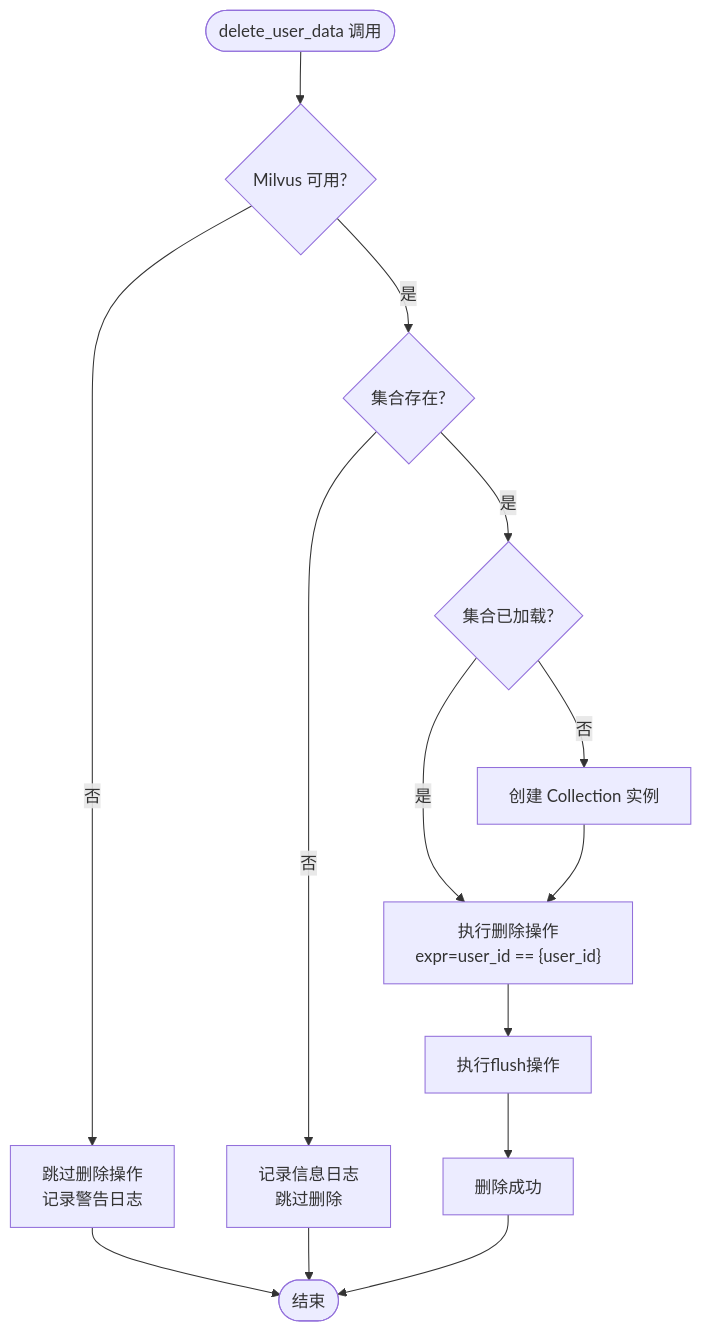
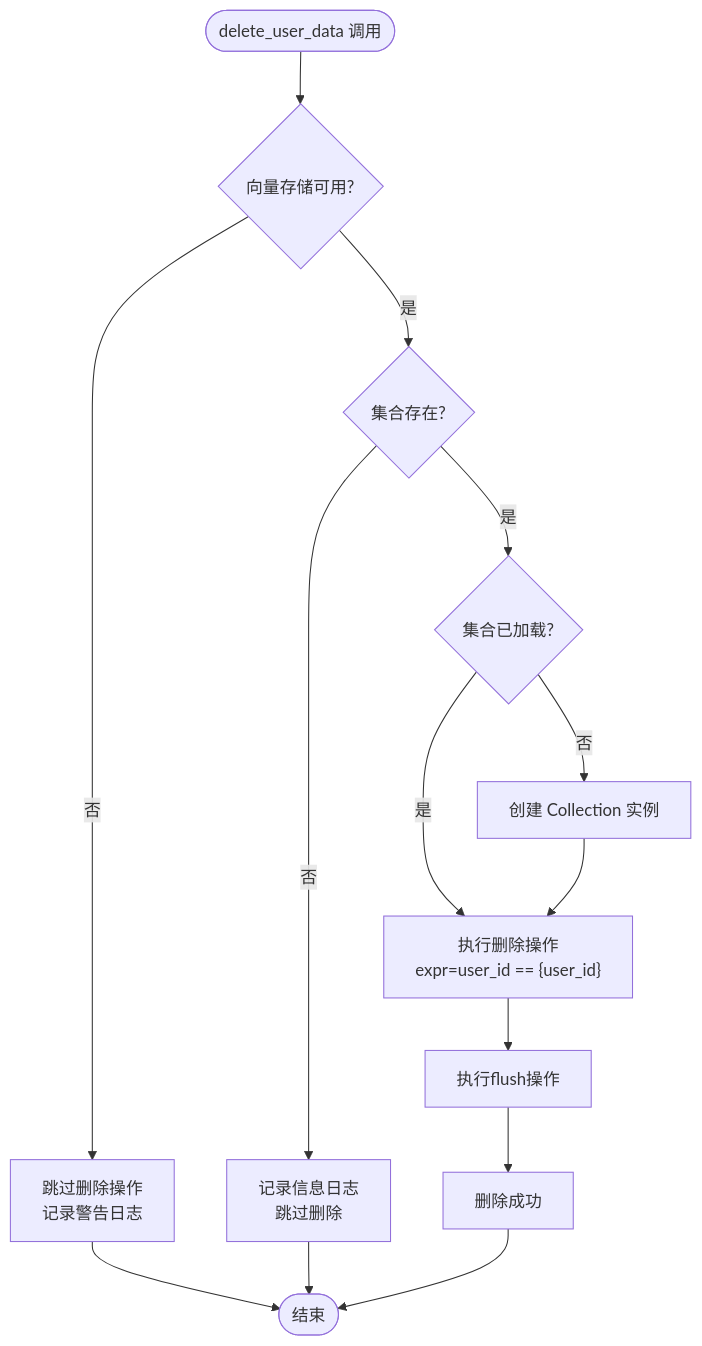
One commit to ghbbn053-ship-itsoulddog/soulddog changed the fifth of 12 diagrams in .qoder/repowiki/zh/content/AI智能问答系统/向量数据库集成/向量数据库集成.md. Above: the diagram before and after it, drawn with Mermaid. The commit also changed other lines of this file and 119 other files, not shown here.

````diff
--- a/.qoder/repowiki/zh/content/AI智能问答系统/向量数据库集成/向量数据库集成.md
+++ b/.qoder/repowiki/zh/content/AI智能问答系统/向量数据库集成/向量数据库集成.md
@@ -218,16 +248,16 @@
 ```mermaid
 flowchart TD
-Start(["delete_user_data 调用"]) --> CheckAvailable{"Milvus 可用?"}
+Start(["delete_user_data 调用"]) --> CheckAvailable{"向量存储可用?"}
 CheckAvailable --> |否| SkipDelete["跳过删除操作<br/>记录警告日志"]
 CheckAvailable --> |是| CheckCollection{"集合存在?"}
 CheckCollection --> |否| LogSkip["记录信息日志<br/>跳过删除"]
 CheckCollection --> |是| CheckLoad{"集合已加载?"}
 CheckLoad --> |否| LoadCollection["创建 Collection 实例"]
 CheckLoad --> |是| DeleteData["执行删除操作<br/>expr=user_id == {user_id}"]
 LoadCollection --> DeleteData
 DeleteData --> FlushData["执行flush操作"]
 FlushData --> Success["删除成功"]
 SkipDelete --> End(["结束"])
 LogSkip --> End
 Success --> End
 ```
````
